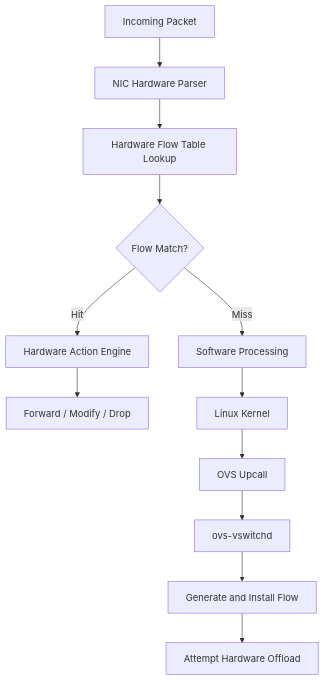
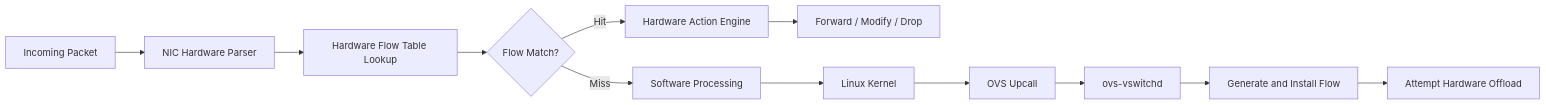
Before and after one commit to prk-2023/vork_area: the second of 6 diagrams in 2026/Karyalayam/OVS/OVSDatapathArchFlowCacheHWOffInt.md, drawn with Mermaid. The commit also changed other lines of this file and 1 other file, not shown here.

````diff
--- a/2026/Karyalayam/OVS/OVSDatapathArchFlowCacheHWOffInt.md
+++ b/2026/Karyalayam/OVS/OVSDatapathArchFlowCacheHWOffInt.md
@@ -220,16 +245,16 @@
 ```mermaid
-flowchart TD
+flowchart LR
     A[Incoming Packet] --> B[NIC Hardware Parser]
     B --> C[Hardware Flow Table Lookup]
     C --> D{Flow Match?}
 
     D -->|Hit| E[Hardware Action Engine]
     E --> F[Forward / Modify / Drop]
 
     D -->|Miss| G[Software Processing]
     G --> H[Linux Kernel]
     H --> I[OVS Upcall]
     I --> J[ovs-vswitchd]
     J --> K[Generate and Install Flow]
     K --> L[Attempt Hardware Offload]
 ```
````
